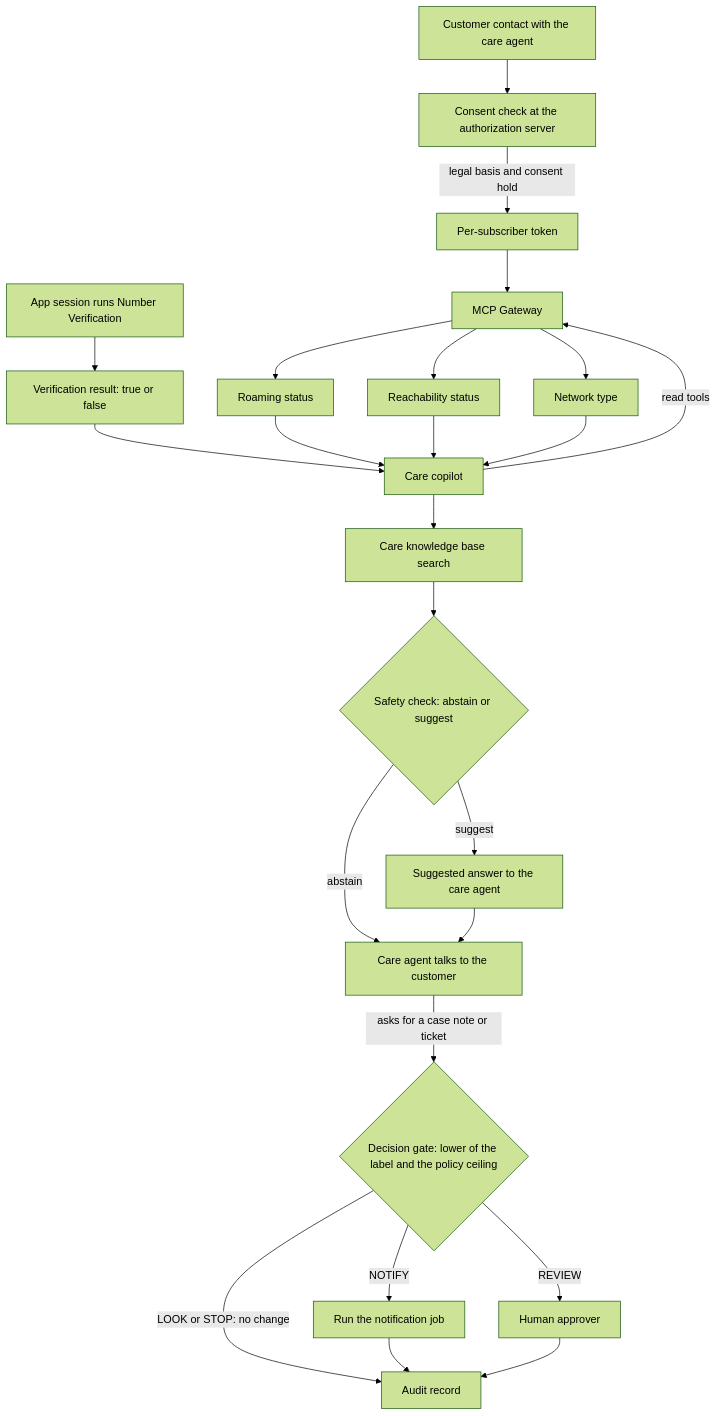
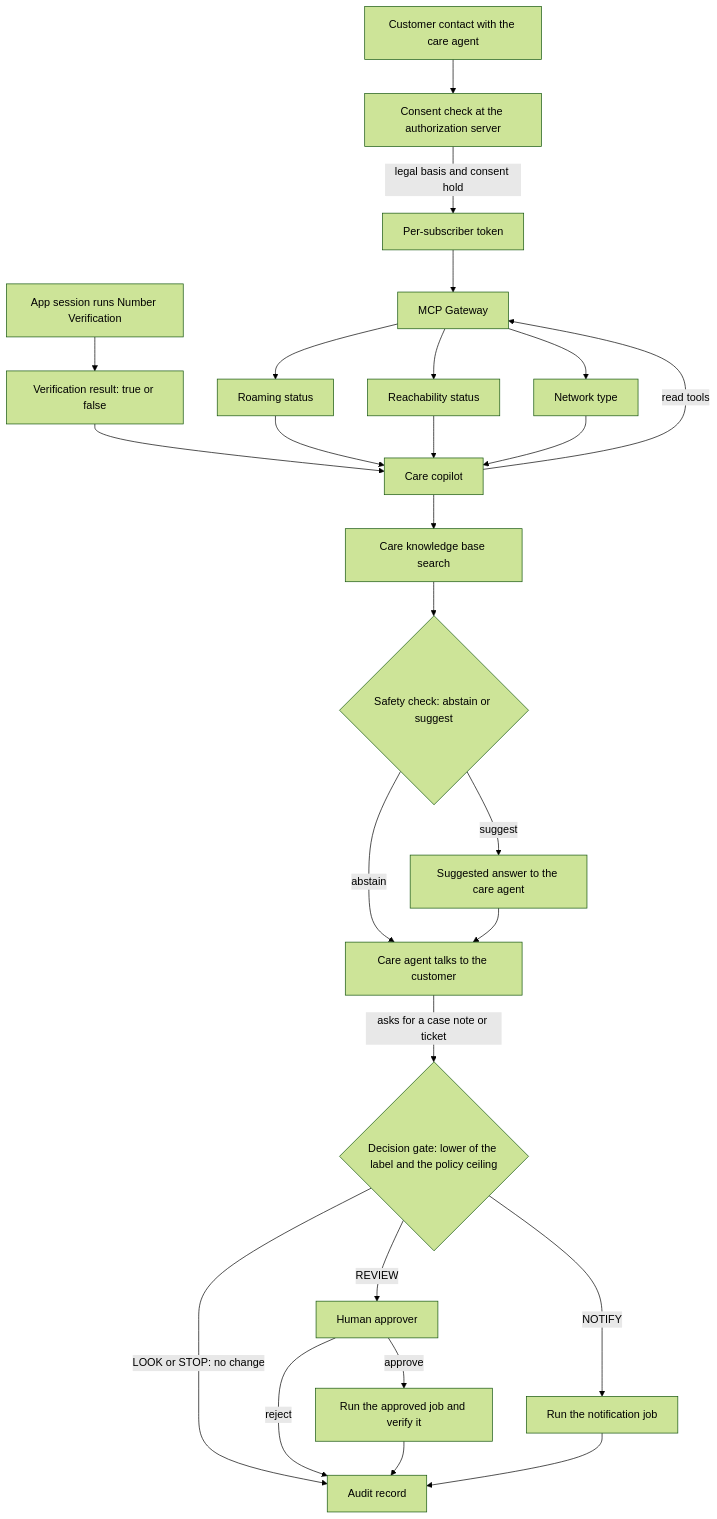
The diagram in catalog/business-assurance/camara-care-diagnostics/README.md (ravisharma5/otel-telco-blueprints), drawn with Mermaid (forest theme) before and after one commit. The commit also changed 1 other file, not shown here.

Commit message:
docs(catalog): run the approved job after sign-off in two diagrams
On the alarm-triage and CAMARA care diagrams the human approver led only to
the audit record, so approval ran nothing. Both diagrams now show an approve
branch that runs and verifies the job, and a reject branch that ends at the
audit record.

````diff
--- a/catalog/business-assurance/camara-care-diagnostics/README.md
+++ b/catalog/business-assurance/camara-care-diagnostics/README.md
@@ -42,26 +42,28 @@
 ```mermaid
 flowchart TD
   CC["Customer contact with the care agent"] --> CS["Consent check at the authorization server"]
   NV["App session runs Number Verification"] --> VR["Verification result: true or false"]
   VR --> CP["Care copilot"]
   CS -- "legal basis and consent hold" --> PT["Per-subscriber token"]
   PT --> MG["MCP Gateway"]
   CP -- "read tools" --> MG
   MG --> RS["Roaming status"]
   MG --> RC["Reachability status"]
   MG --> NT["Network type"]
   RS --> CP
   RC --> CP
   NT --> CP
   CP --> KB["Care knowledge base search"]
   KB --> SC{"Safety check: abstain or suggest"}
   SC -- "suggest" --> SA["Suggested answer to the care agent"]
   SC -- "abstain" --> CA["Care agent talks to the customer"]
   SA --> CA
   CA -- "asks for a case note or ticket" --> DG{"Decision gate: lower of the label and the policy ceiling"}
   DG -- "NOTIFY" --> NJ["Run the notification job"]
   DG -- "REVIEW" --> HU["Human approver"]
   DG -- "LOOK or STOP: no change" --> AU["Audit record"]
+  HU -- "approve" --> RUN["Run the approved job and verify it"]
+  HU -- "reject" --> AU
+  RUN --> AU
   NJ --> AU
-  HU --> AU
 ```
````
